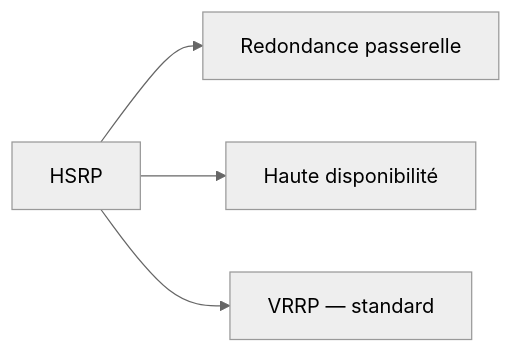
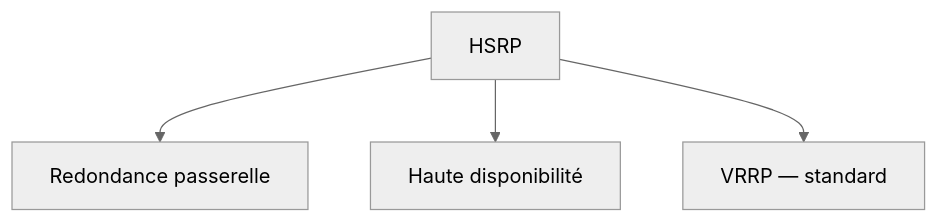
Before and after one commit to zyrass/omnydocs: diagram 13 of 38 in docs/glossaire/administration-reseau.md, drawn with Mermaid (neutral theme). The commit also changed other lines of this file and 1780 other files, not shown here.

````diff
--- a/docs/glossaire/administration-reseau.md
+++ b/docs/glossaire/administration-reseau.md
@@ -281,6 +337,6 @@
-    ```mermaid
-    graph LR
-        A[HSRP] --> B[Redondance passerelle]
-        A --> C[Haute disponibilité]
-        A --> D[VRRP — standard]
-    ```
+```mermaid
+graph TB
+    A[HSRP] --> B[Redondance passerelle]
+    A --> C[Haute disponibilité]
+    A --> D[VRRP — standard]
+```
````
